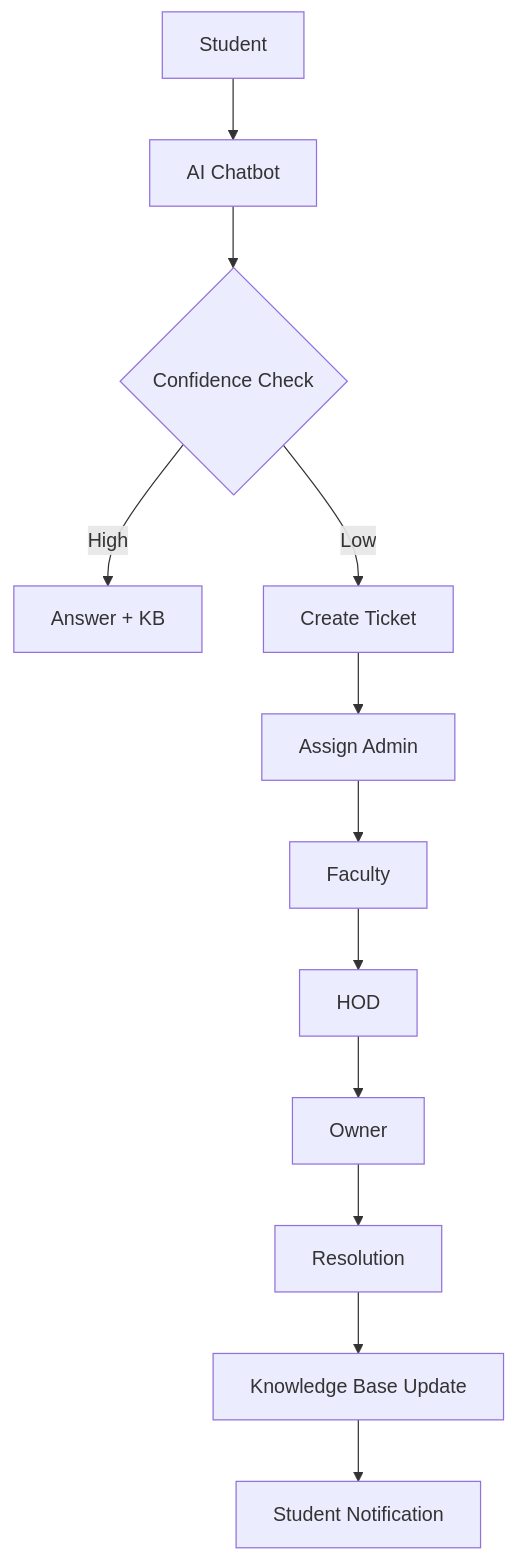
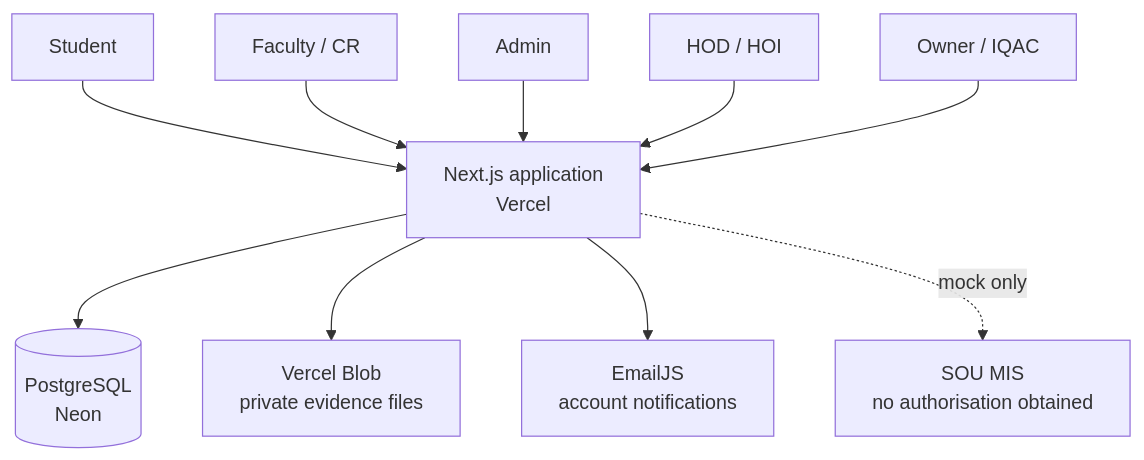
One commit to Jaykrishna25/SOU-AI-HelpDesk-Pro changed the first of 6 diagrams in docs/ARCHITECTURE.md. Above: the diagram before and after it, drawn with Mermaid. The commit also changed other lines of this file, not shown here.

Commit message:
docs: architecture with diagrams

````diff
--- a/docs/ARCHITECTURE.md
+++ b/docs/ARCHITECTURE.md
@@ -60,14 +5,12 @@
 ```mermaid
-flowchart TB
-  S[Student] --> C[AI Chatbot]
-  C --> CC{Confidence Check}
-  CC -- High --> ANS[Answer + KB]
-  CC -- Low --> T[Create Ticket]
-  T --> AD[Assign Admin]
-  AD --> F[Faculty]
-  F --> H[HOD]
-  H --> O[Owner]
-  O --> R[Resolution]
-  R --> KB[Knowledge Base Update]
-  KB --> N[Student Notification]
+graph TB
+    S[Student] --> APP
+    F[Faculty / CR] --> APP
+    A[Admin] --> APP
+    H[HOD / HOI] --> APP
+    O[Owner / IQAC] --> APP
+    APP[Next.js application<br/>Vercel] --> DB[(PostgreSQL<br/>Neon)]
+    APP --> BLOB[Vercel Blob<br/>private evidence files]
+    APP --> MAIL[EmailJS<br/>account notifications]
+    APP -.mock only.-> MIS[SOU MIS<br/>no authorisation obtained]
 ```
````
